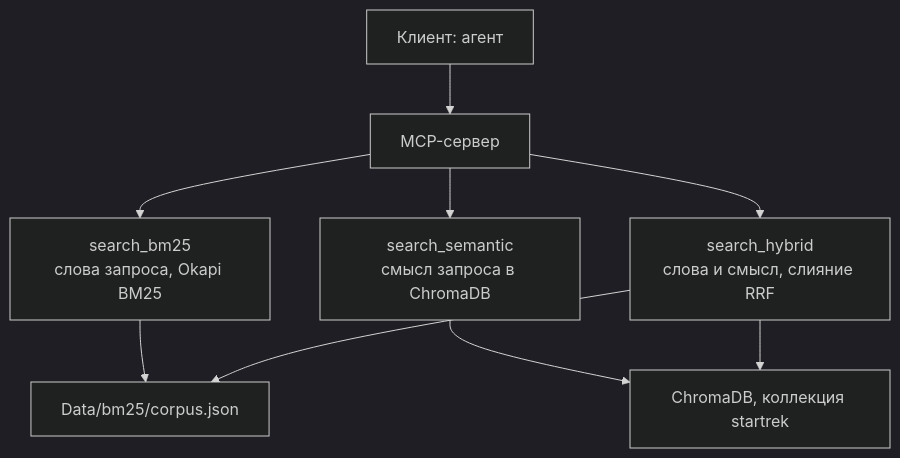
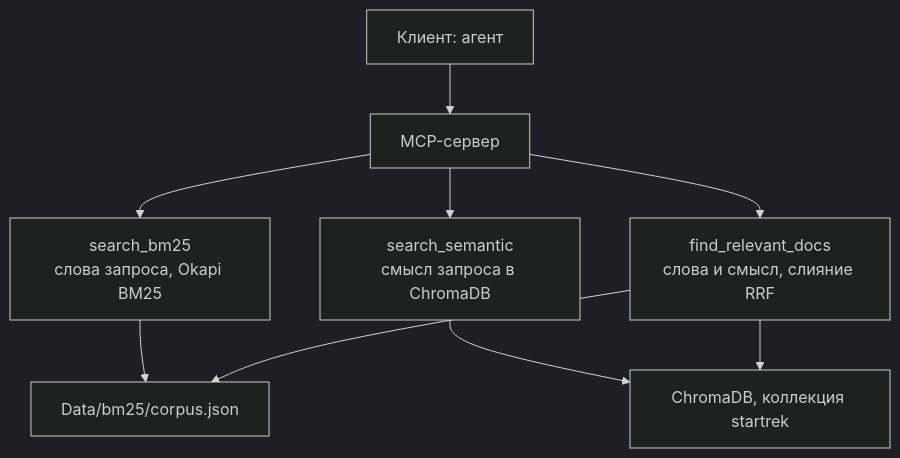
The first of 2 diagrams in README.md (luna-pulse/MCP.RAG.StarTrek), drawn with Mermaid (dark theme) before and after one commit. The commit also changed other lines of this file and 7 other files, not shown here.

First line of the commit message:
Rename the hybrid MCP tool to find_relevant_docs and its count argument to top_k.

````diff
--- a/README.md
+++ b/README.md
@@ -16,11 +16,11 @@
 ```mermaid
 flowchart TB
     Client["Клиент: агент"] --> Server["MCP-сервер"]
     Server --> Bm25["search_bm25\nслова запроса, Okapi BM25"]
     Server --> Semantic["search_semantic\nсмысл запроса в ChromaDB"]
-    Server --> Hybrid["search_hybrid\nслова и смысл, слияние RRF"]
+    Server --> Hybrid["find_relevant_docs\nслова и смысл, слияние RRF"]
     Bm25 --> Corpus["Data/bm25/corpus.json"]
     Semantic --> Chroma["ChromaDB, коллекция startrek"]
     Hybrid --> Corpus
     Hybrid --> Chroma
 ```
````
